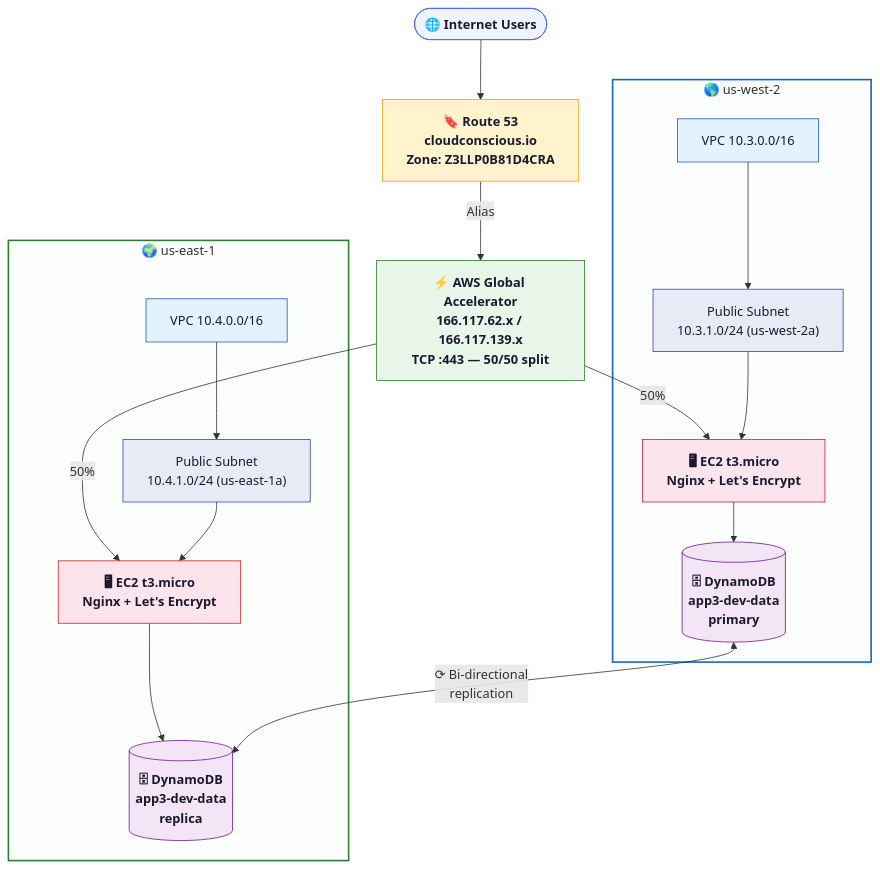
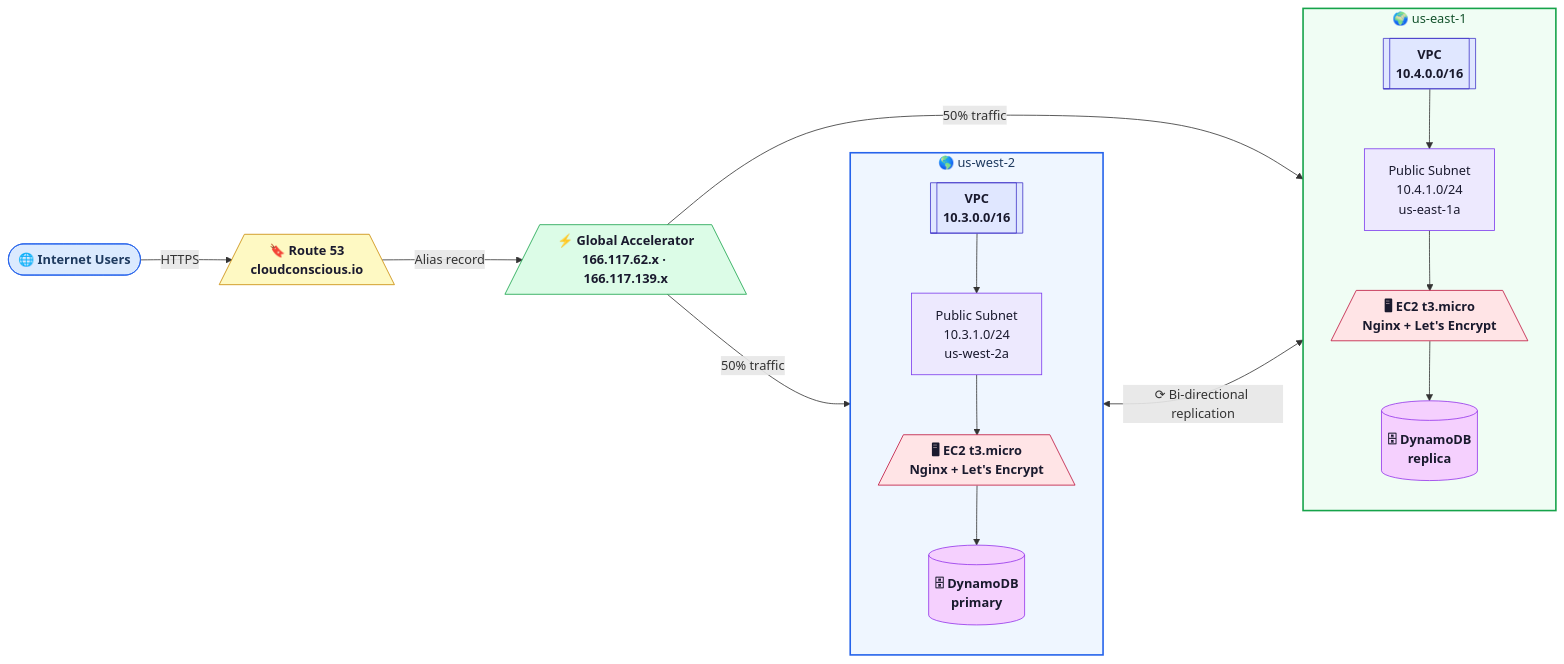
One commit to vegatros/repo1 changed the diagram in terraform/stacks/app3/diagrams.md. Above: the diagram before and after it, drawn with Mermaid. The commit also changed other lines of this file, not shown here.

Commit message:
Update app3 Mermaid diagram to LR flowchart style
Switches layout to left-to-right, uses parallelogram nodes for
Route 53, Global Accelerator, and EC2, stadium nodes for VPCs,
and cylinder nodes for DynamoDB. Adds directional subgraphs for
each region with cleaner labeled edges.

````diff
--- a/terraform/stacks/app3/diagrams.md
+++ b/terraform/stacks/app3/diagrams.md
@@ -5,41 +5,43 @@
 ```mermaid
-flowchart TD
+flowchart LR
     Users(["🌐 Internet Users"]):::users
 
-    R53["🔖 Route 53\ncloudconscious.io\nZone: Z3LLP0B81D4CRA"]:::dns
+    R53[/"🔖 Route 53\ncloudconscious.io"\]:::dns
 
-    GA["⚡ AWS Global Accelerator\n166.117.62.x / 166.117.139.x\nTCP :443 — 50/50 split"]:::accelerator
+    GA[/"⚡ Global Accelerator\n166.117.62.x · 166.117.139.x"\]:::accelerator
 
     subgraph WEST["🌎  us-west-2"]
-        VPC_W["VPC 10.3.0.0/16"]:::vpc
-        SUB_W["Public Subnet\n10.3.1.0/24 (us-west-2a)"]:::subnet
-        EC2_W["🖥 EC2 t3.micro\nNginx + Let's Encrypt"]:::ec2
-        DDB_W[("🗄 DynamoDB\napp3-dev-data\nprimary")]:::dynamo
+        direction TB
+        VPC_W[["VPC\n10.3.0.0/16"]]:::vpc
+        SUB_W["Public Subnet\n10.3.1.0/24\nus-west-2a"]:::subnet
+        EC2_W[/"🖥 EC2 t3.micro\nNginx + Let's Encrypt"\]:::ec2
+        DDB_W[("🗄 DynamoDB\nprimary")]:::dynamo
+        VPC_W --> SUB_W --> EC2_W --> DDB_W
     end
 
     subgraph EAST["🌍  us-east-1"]
-        VPC_E["VPC 10.4.0.0/16"]:::vpc
-        SUB_E["Public Subnet\n10.4.1.0/24 (us-east-1a)"]:::subnet
-        EC2_E["🖥 EC2 t3.micro\nNginx + Let's Encrypt"]:::ec2
-        DDB_E[("🗄 DynamoDB\napp3-dev-data\nreplica")]:::dynamo
+        direction TB
+        VPC_E[["VPC\n10.4.0.0/16"]]:::vpc
+        SUB_E["Public Subnet\n10.4.1.0/24\nus-east-1a"]:::subnet
+        EC2_E[/"🖥 EC2 t3.micro\nNginx + Let's Encrypt"\]:::ec2
+        DDB_E[("🗄 DynamoDB\nreplica")]:::dynamo
+        VPC_E --> SUB_E --> EC2_E --> DDB_E
     end
 
-    Users --> R53
-    R53 -->|Alias| GA
-    GA -->|50%| EC2_W
-    GA -->|50%| EC2_E
-    VPC_W --> SUB_W --> EC2_W --> DDB_W
-    VPC_E --> SUB_E --> EC2_E --> DDB_E
-    DDB_W <-->|"⟳ Bi-directional\nreplication"| DDB_E
+    Users -->|"HTTPS"| R53
+    R53 -->|"Alias record"| GA
+    GA -->|"50% traffic"| WEST
+    GA -->|"50% traffic"| EAST
+    DDB_W <-->|"⟳ Bi-directional replication"| DDB_E
 
-    classDef users    fill:#f0f4ff,stroke:#4a6cf7,color:#1a1a2e,font-weight:bold
-    classDef dns      fill:#fff3cd,stroke:#f0a500,color:#1a1a2e,font-weight:bold
-    classDef accelerator fill:#e8f5e9,stroke:#2e7d32,color:#1a1a2e,font-weight:bold
-    classDef vpc      fill:#e3f2fd,stroke:#1565c0,color:#1a1a2e
-    classDef subnet   fill:#e8eaf6,stroke:#3949ab,color:#1a1a2e
-    classDef ec2      fill:#fce4ec,stroke:#c62828,color:#1a1a2e,font-weight:bold
-    classDef dynamo   fill:#f3e5f5,stroke:#6a1b9a,color:#1a1a2e,font-weight:bold
+    classDef users       fill:#dbeafe,stroke:#2563eb,color:#1e3a5f,font-weight:bold,rx:20
+    classDef dns         fill:#fef9c3,stroke:#ca8a04,color:#1a1a2e,font-weight:bold
+    classDef accelerator fill:#dcfce7,stroke:#16a34a,color:#1a1a2e,font-weight:bold
+    classDef vpc         fill:#e0e7ff,stroke:#4338ca,color:#1a1a2e,font-weight:bold
+    classDef subnet      fill:#ede9fe,stroke:#7c3aed,color:#1a1a2e
+    classDef ec2         fill:#ffe4e6,stroke:#be123c,color:#1a1a2e,font-weight:bold
+    classDef dynamo      fill:#f5d0fe,stroke:#9333ea,color:#1a1a2e,font-weight:bold
 
-    style WEST fill:#e3f2fd22,stroke:#1565c0,stroke-width:2px
-    style EAST fill:#e8f5e922,stroke:#2e7d32,stroke-width:2px
+    style WEST fill:#eff6ff,stroke:#2563eb,stroke-width:2px,color:#1e3a5f
+    style EAST fill:#f0fdf4,stroke:#16a34a,stroke-width:2px,color:#14532d
 ```
````
